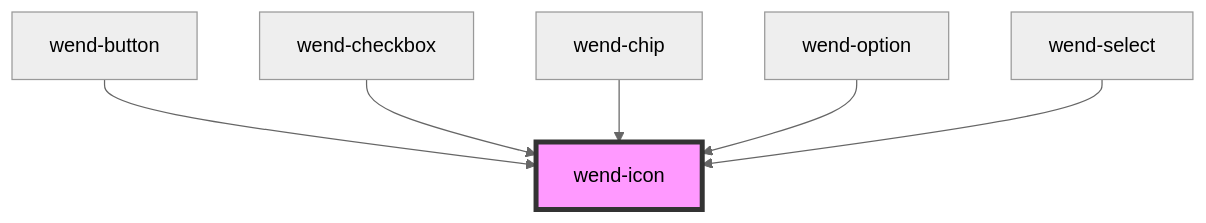
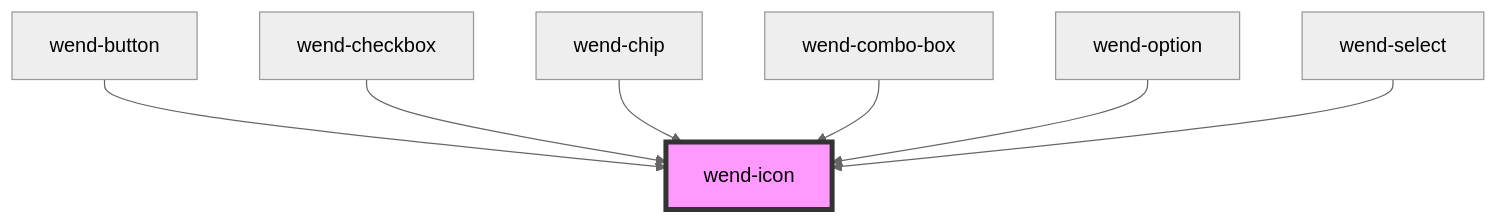
One commit to DevaStudios/wend-ui changed the diagram in packages/web-components/src/components/wend-icon/readme.md. Above: the diagram before and after it, drawn with Mermaid (neutral theme). The commit also changed other lines of this file and 20 other files, not shown here.

````diff
--- a/packages/web-components/src/components/wend-icon/readme.md
+++ b/packages/web-components/src/components/wend-icon/readme.md
@@ -28,9 +29,10 @@
 ```mermaid
 graph TD;
   wend-button --> wend-icon
   wend-checkbox --> wend-icon
   wend-chip --> wend-icon
+  wend-combo-box --> wend-icon
   wend-option --> wend-icon
   wend-select --> wend-icon
   style wend-icon fill:#f9f,stroke:#333,stroke-width:4px
 ```
````
